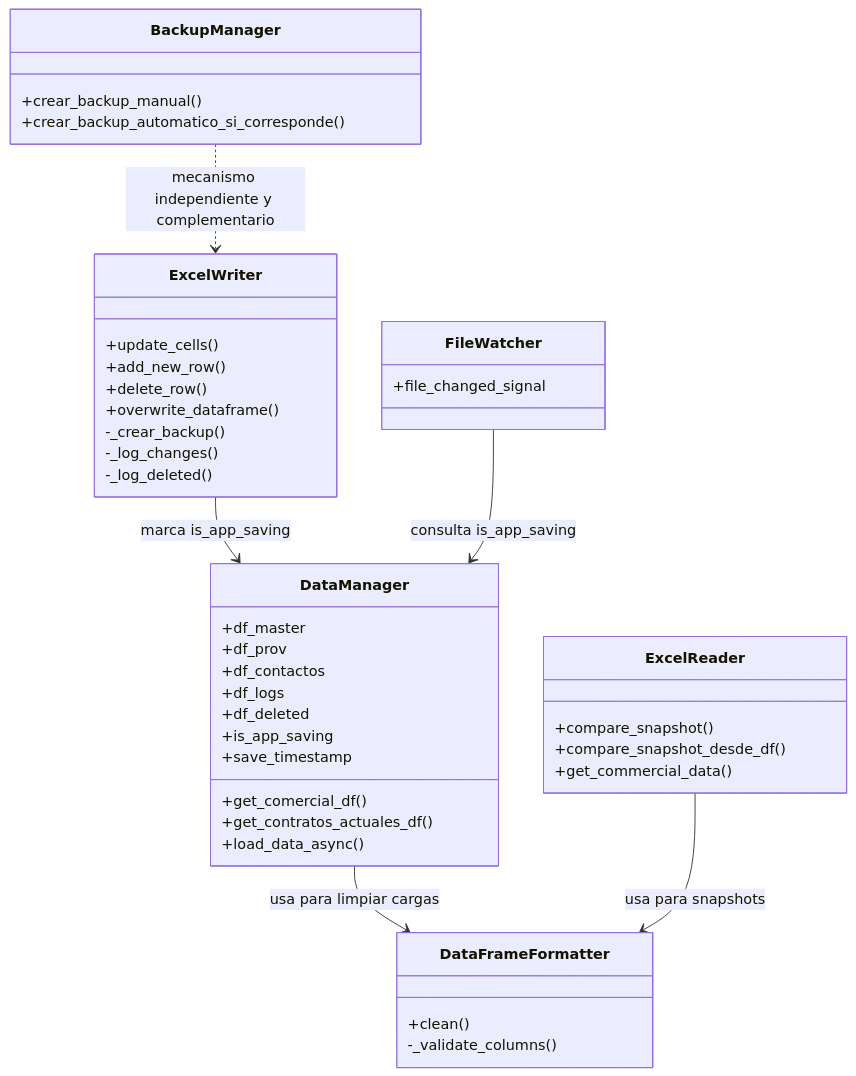
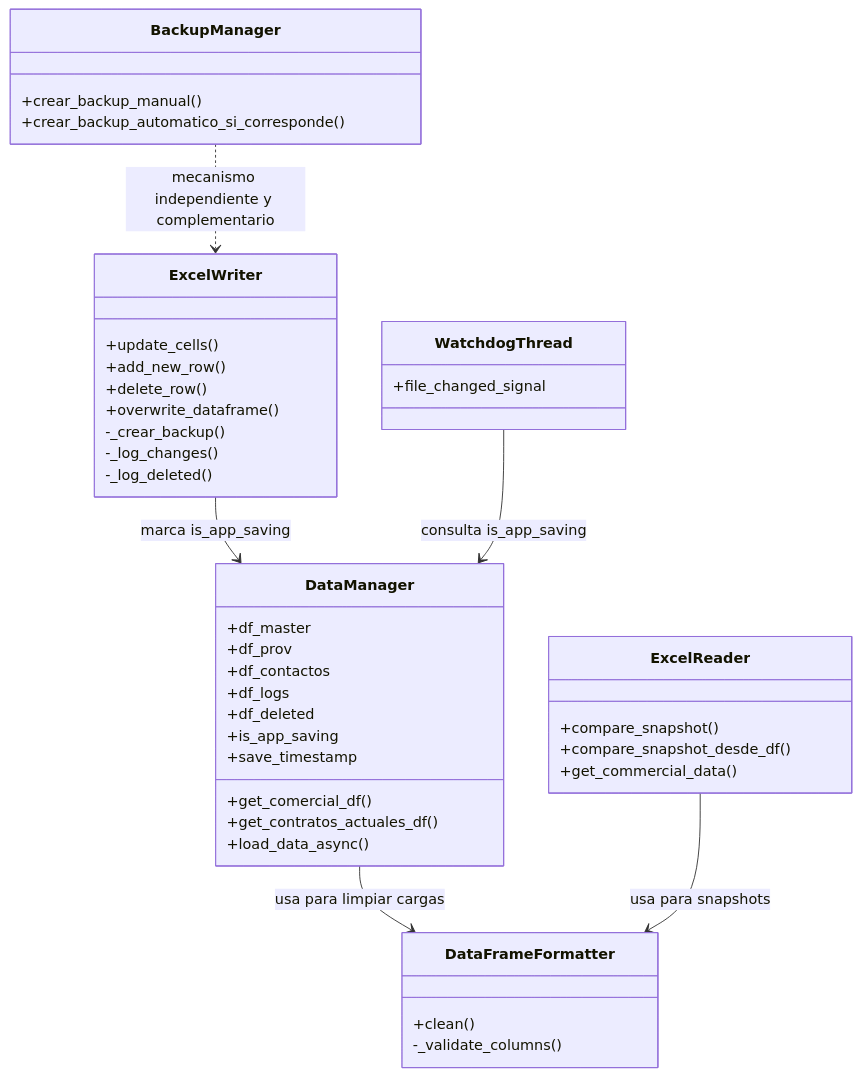
Before and after one commit to felipeMon20/PTY4614-302-EQUIPO-2: diagram 29 of 31 in Fase 2/Evidencias Proyecto/Evidencias de documentación/docs/08. Arquitectura Visual y Diagramas.md, drawn with Mermaid. The commit also changed other lines of this file and 315 other files, not shown here.

````diff
--- a/Fase 2/Evidencias Proyecto/Evidencias de documentación/docs/08. Arquitectura Visual y Diagramas.md
+++ b/Fase 2/Evidencias Proyecto/Evidencias de documentación/docs/08. Arquitectura Visual y Diagramas.md
@@ -1045,45 +1046,45 @@
 ```mermaid
 classDiagram
     class DataManager {
         +df_master
         +df_prov
         +df_contactos
         +df_logs
         +df_deleted
         +is_app_saving
         +save_timestamp
         +get_comercial_df()
         +get_contratos_actuales_df()
         +load_data_async()
     }
     class ExcelWriter {
         +update_cells()
         +add_new_row()
         +delete_row()
         +overwrite_dataframe()
         -_crear_backup()
         -_log_changes()
         -_log_deleted()
     }
     class ExcelReader {
         +compare_snapshot()
         +compare_snapshot_desde_df()
         +get_commercial_data()
     }
     class DataFrameFormatter {
         +clean()
         -_validate_columns()
     }
-    class FileWatcher {
+    class WatchdogThread {
         +file_changed_signal
     }
     class BackupManager {
         +crear_backup_manual()
         +crear_backup_automatico_si_corresponde()
     }
     DataManager --> DataFrameFormatter : usa para limpiar cargas
     ExcelReader --> DataFrameFormatter : usa para snapshots
     ExcelWriter --> DataManager : marca is_app_saving
-    FileWatcher --> DataManager : consulta is_app_saving
+    WatchdogThread --> DataManager : consulta is_app_saving
     BackupManager ..> ExcelWriter : mecanismo independiente y complementario
 ```
````
